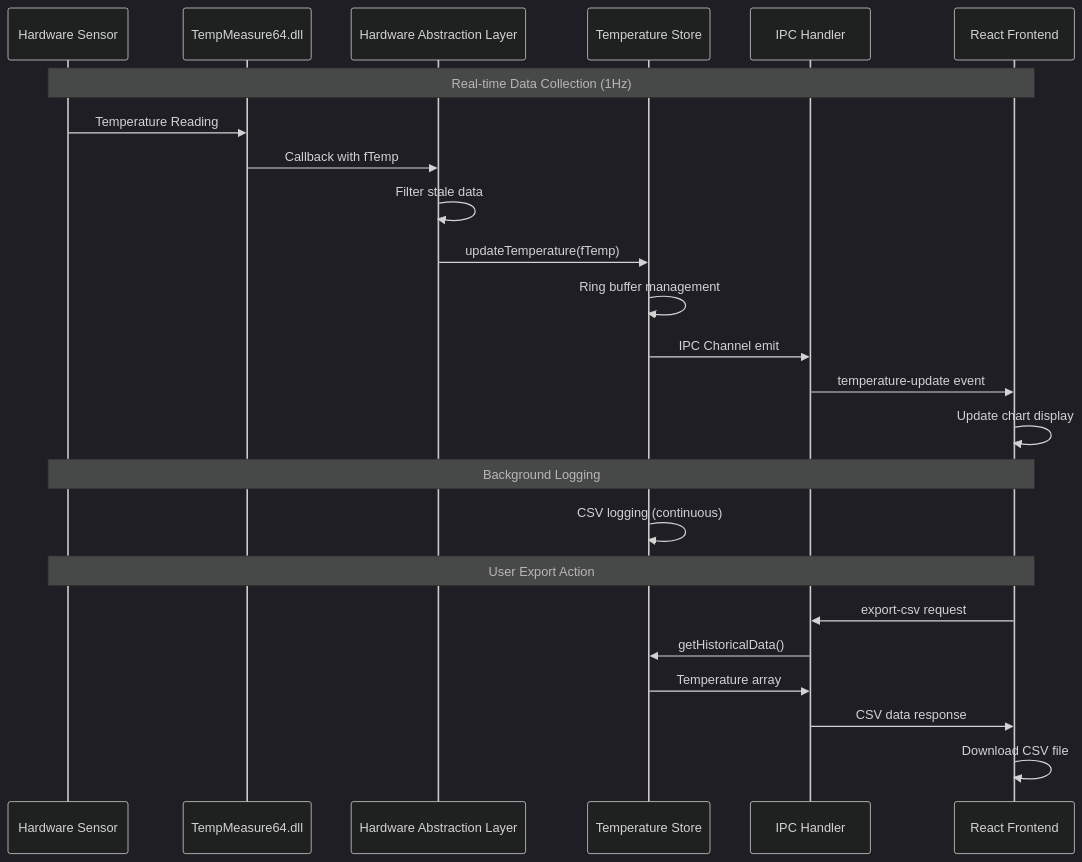
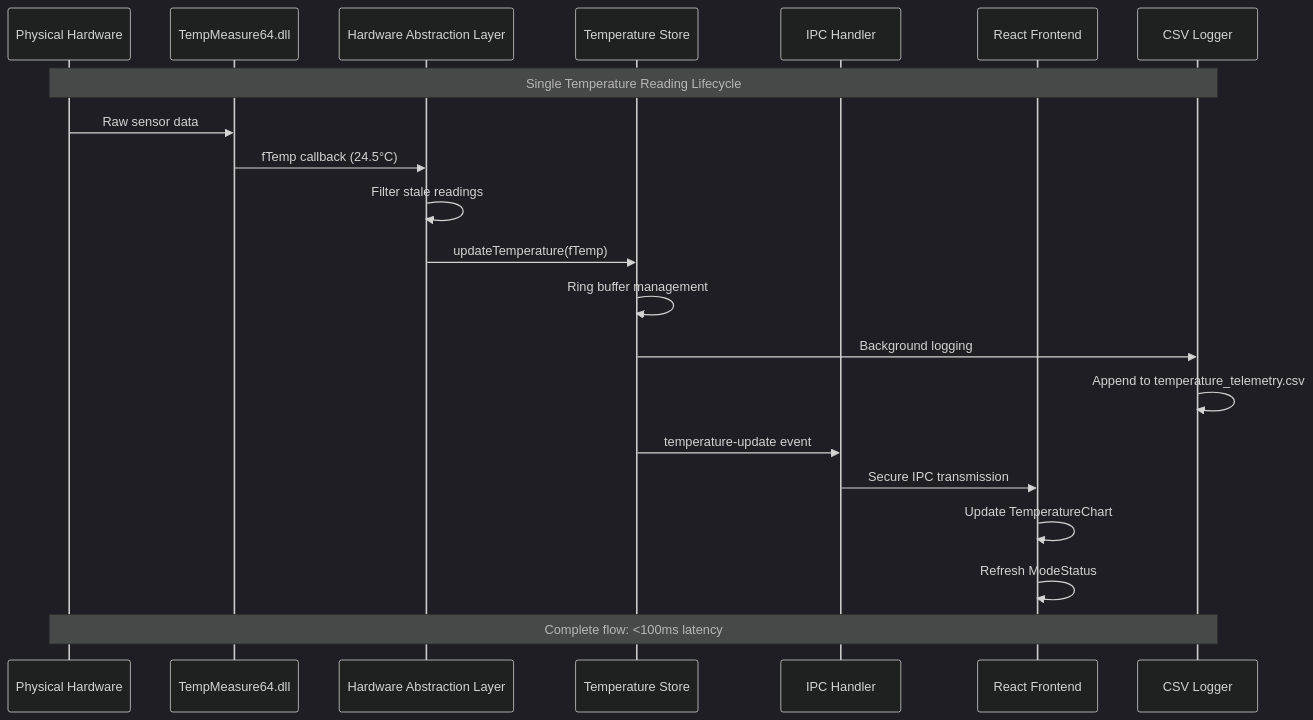
One commit to Interlaken0/temperature-plotter changed the third of 14 diagrams in docs/system-architecture.md. Above: the diagram before and after it, drawn with Mermaid (dark theme). The commit also changed other lines of this file and 1 other file, not shown here.

````diff
--- a/docs/system-architecture.md
+++ b/docs/system-architecture.md
@@ -39,30 +78,28 @@
 ```mermaid
 sequenceDiagram
-    participant HW as Hardware Sensor
+    participant HW as Physical Hardware
     participant DLL as TempMeasure64.dll
     participant HAL as Hardware Abstraction Layer
     participant Store as Temperature Store
     participant IPC as IPC Handler
     participant UI as React Frontend
+    participant CSV as CSV Logger
     
-    Note over HW,UI: Real-time Data Collection (1Hz)
+    Note over HW,CSV: Single Temperature Reading Lifecycle
     
-    HW->>DLL: Temperature Reading
-    DLL->>HAL: Callback with fTemp
-    HAL->>HAL: Filter stale data
+    HW->>DLL: Raw sensor data
+    DLL->>HAL: fTemp callback (24.5°C)
+    HAL->>HAL: Filter stale readings
     HAL->>Store: updateTemperature(fTemp)
+    
     Store->>Store: Ring buffer management
-    Store->>IPC: IPC Channel emit
-    IPC->>UI: temperature-update event
-    UI->>UI: Update chart display
+    Store->>CSV: Background logging
+    CSV->>CSV: Append to temperature_telemetry.csv
     
-    Note over HW,UI: Background Logging
-    Store->>Store: CSV logging (continuous)
+    Store->>IPC: temperature-update event
+    IPC->>UI: Secure IPC transmission
+    UI->>UI: Update TemperatureChart
+    UI->>UI: Refresh ModeStatus
     
-    Note over HW,UI: User Export Action
-    UI->>IPC: export-csv request
-    IPC->>Store: getHistoricalData()
-    Store->>IPC: Temperature array
-    IPC->>UI: CSV data response
-    UI->>UI: Download CSV file
+    Note over HW,CSV: Complete flow: <100ms latency
 ```
````
